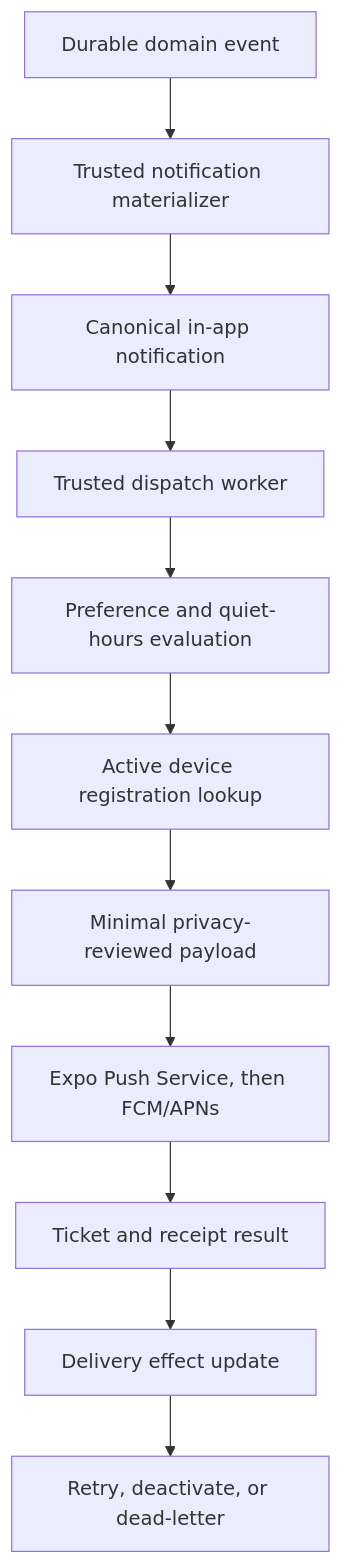
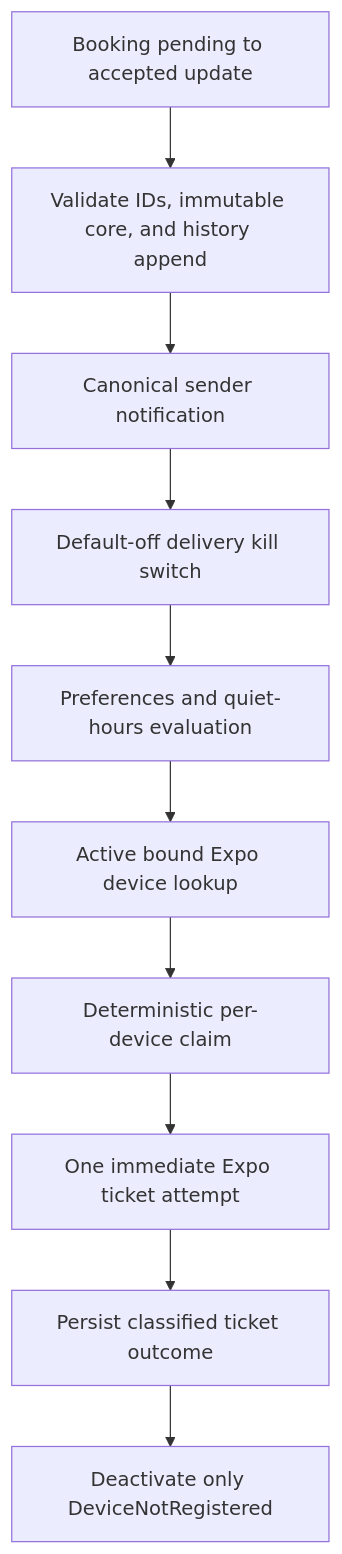
Before and after one commit to abda-dc/karri-mobile: the diagram in docs/architecture/notification-delivery.md, drawn with Mermaid. The commit also changed other lines of this file and 12 other files, not shown here.

Commit message:
Implement trusted booking accepted push delivery

````diff
--- a/docs/architecture/notification-delivery.md
+++ b/docs/architecture/notification-delivery.md
@@ -202,13 +219,12 @@
 ```mermaid
 flowchart TD
-  Event["Durable domain event"] --> Materializer["Trusted notification materializer"]
-  Materializer --> Canonical["Canonical in-app notification"]
-  Canonical --> Dispatcher["Trusted dispatch worker"]
-  Dispatcher --> Policy["Preference and quiet-hours evaluation"]
-  Policy --> Registrations["Active device registration lookup"]
-  Registrations --> Payload["Minimal privacy-reviewed payload"]
-  Payload --> Provider["Expo Push Service, then FCM/APNs"]
-  Provider --> Result["Ticket and receipt result"]
-  Result --> Delivery["Delivery effect update"]
-  Delivery --> Retry["Retry, deactivate, or dead-letter"]
+  Event["Booking pending to accepted update"] --> Validate["Validate IDs, immutable core, and history append"]
+  Validate --> Canonical["Canonical sender notification"]
+  Canonical --> Switch["Default-off delivery kill switch"]
+  Switch --> Policy["Preferences and quiet-hours evaluation"]
+  Policy --> Registrations["Active bound Expo device lookup"]
+  Registrations --> Claim["Deterministic per-device claim"]
+  Claim --> Provider["One immediate Expo ticket attempt"]
+  Provider --> Result["Persist classified ticket outcome"]
+  Result --> Invalid["Deactivate only DeviceNotRegistered"]
 ```
````
